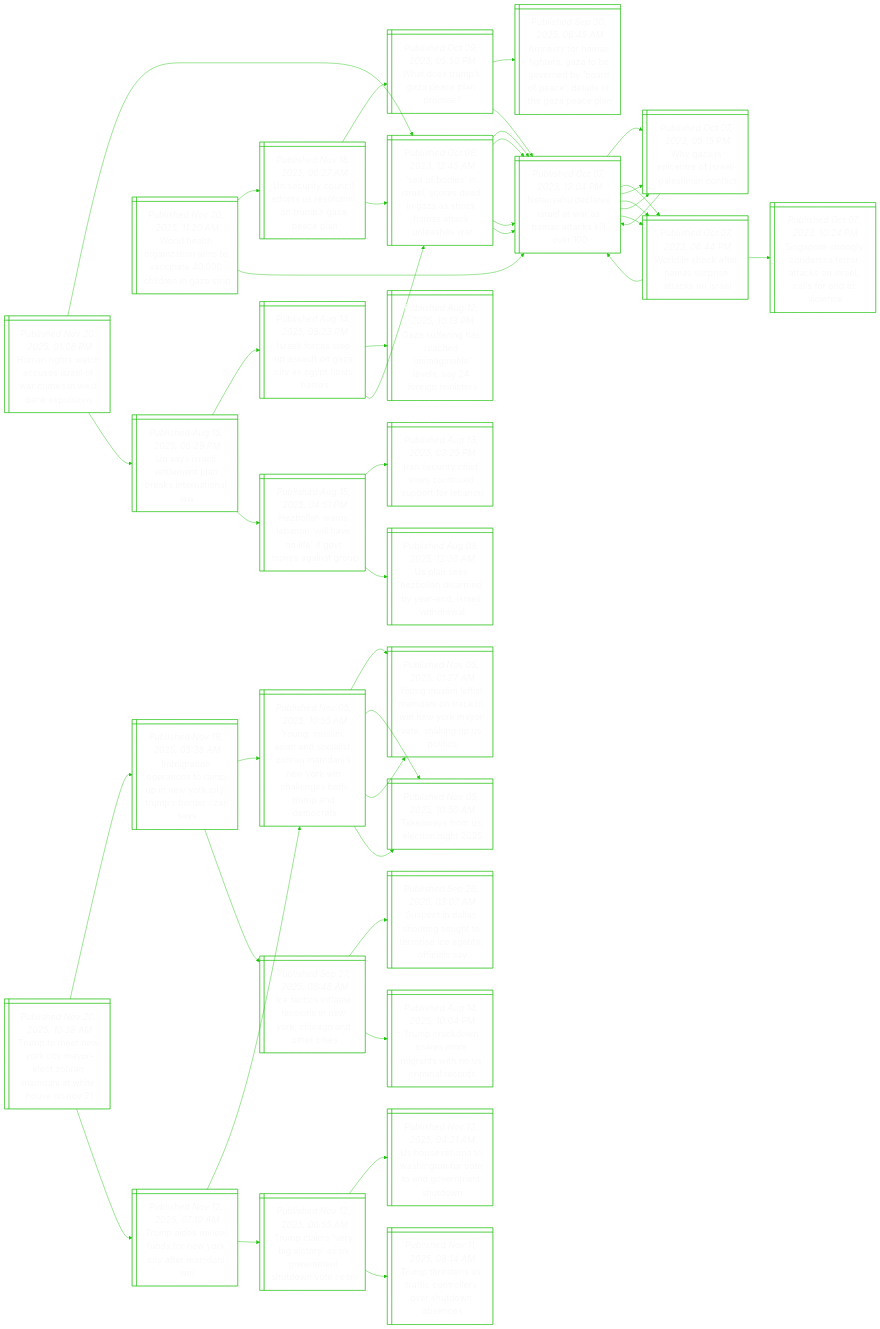
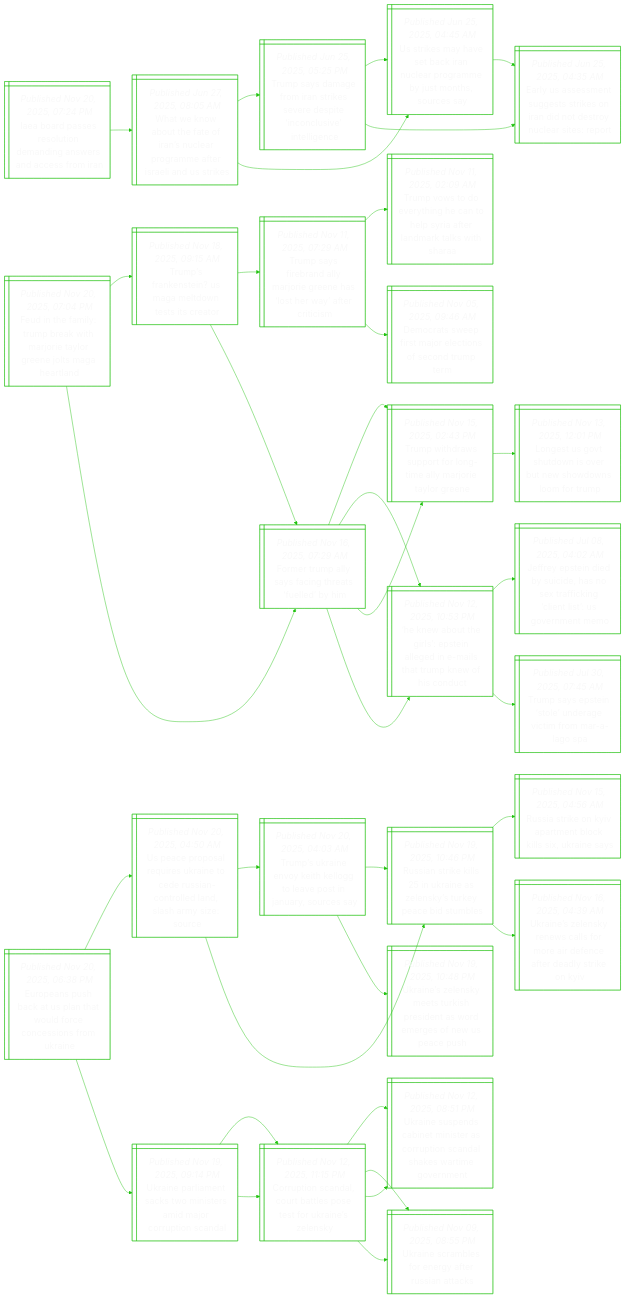
Before and after one commit to notJmes/notJmes: the diagram in README.md, drawn with Mermaid. The commit also changed other lines of this file, not shown here.

````diff
--- a/README.md
+++ b/README.md
@@ -16,139 +16,115 @@
 flowchart LR
 classDef txtsize font-size:20px;
 
-HRshsrfrites@{ shape: win-pane, label: "_Published Nov 20, 2025, 01:08 PM_
-Human rights watch accuses israel of war crimes in west bank expulsions" }
-Sbsrcdnacaale@{ shape: win-pane, label: "_Published Oct 08, 2023, 12:45 AM_
-‘sea of bodies’ in israel, scores dead in gaza as shock hamas attack unleashes war" }
-NyeeawHakl@{ shape: win-pane, label: "_Published Oct 07, 2023, 12:04 PM_
-Netanyahu declares israel at war as hamas attacks kill over 100" }
-WzptIleint@{ shape: win-pane, label: "_Published Oct 07, 2023, 05:15 PM_
-Why gaza is epicentre of israeli-palestinian conflict" }
-Wiceapaks@{ shape: win-pane, label: "_Published Oct 07, 2023, 06:44 PM_
-World in shock after hamas surprise attacks on israel" }
-NyeeawHakl@{ shape: win-pane, label: "_Published Oct 07, 2023, 12:04 PM_
-Netanyahu declares israel at war as hamas attacks kill over 100" }
-WzptIleint@{ shape: win-pane, label: "_Published Oct 07, 2023, 05:15 PM_
-Why gaza is epicentre of israeli-palestinian conflict" }
-Wiceapaks@{ shape: win-pane, label: "_Published Oct 07, 2023, 06:44 PM_
-World in shock after hamas surprise attacks on israel" }
-Useteaattl@{ shape: win-pane, label: "_Published Aug 15, 2025, 06:29 PM_
-Un says israeli settlement plan breaks international law" }
-Ilcestzyysm@{ shape: win-pane, label: "_Published Aug 14, 2025, 05:23 PM_
-Israeli forces step up assault on gaza city as egypt hosts hamas" }
-Guishinlsons@{ shape: win-pane, label: "_Published Aug 12, 2025, 10:13 PM_
-Gaza suffering has reached ‘unimaginable’ levels, say 24 foreign ministers" }
-Sbsrcdnacaale@{ shape: win-pane, label: "_Published Oct 08, 2023, 12:45 AM_
-‘sea of bodies’ in israel, scores dead in gaza as shock hamas attack unleashes war" }
-Hlaenhoitsno@{ shape: win-pane, label: "_Published Aug 15, 2025, 04:51 PM_
-Hezbollah warns lebanon ‘will have no life’ if govt moves against group" }
-IetesisrLo@{ shape: win-pane, label: "_Published Aug 13, 2025, 03:25 PM_
-Iran security chief vows continued support for lebanon" }
-UnHlieedetw@{ shape: win-pane, label: "_Published Aug 08, 2025, 12:36 AM_
-Us plan sees hezbollah disarmed by year-end, israeli withdrawal" }
+Ioaruddnscfr@{ shape: win-pane, label: "_Published Nov 20, 2025, 07:24 PM_
+Iaea board passes resolution demanding answers and access from iran" }
+WeattrurraIlUi@{ shape: win-pane, label: "_Published Jun 27, 2025, 08:05 AM_
+What we know about the fate of iran’s nuclear programme after israeli and us strikes" }
+Tsafrrseicuilc@{ shape: win-pane, label: "_Published Jun 25, 2025, 05:25 PM_
+Trump says damage from iran strikes severe despite ‘inconclusive’ intelligence" }
+Uiaeaalrmjose@{ shape: win-pane, label: "_Published Jun 25, 2025, 04:45 AM_
+Us strikes may have set back iran nuclear programme by just months, sources say" }
+EUengserdeyetp@{ shape: win-pane, label: "_Published Jun 25, 2025, 04:35 AM_
+Early us assessment suggests strikes on iran did not destroy nuclear sites: report" }
+Uiaeaalrmjose@{ shape: win-pane, label: "_Published Jun 25, 2025, 04:45 AM_
+Us strikes may have set back iran nuclear programme by just months, sources say" }
+EUengserdeyetp@{ shape: win-pane, label: "_Published Jun 25, 2025, 04:35 AM_
+Early us assessment suggests strikes on iran did not destroy nuclear sites: report" }
 
-HRshsrfrites:::txtsize --> Sbsrcdnacaale:::txtsize
-Sbsrcdnacaale:::txtsize --> NyeeawHakl:::txtsize
-NyeeawHakl:::txtsize --> WzptIleint:::txtsize
-NyeeawHakl:::txtsize --> Wiceapaks:::txtsize
-Sbsrcdnacaale:::txtsize --> NyeeawHakl:::txtsize
-NyeeawHakl:::txtsize --> WzptIleint:::txtsize
-NyeeawHakl:::txtsize --> Wiceapaks:::txtsize
-HRshsrfrites:::txtsize --> Useteaattl:::txtsize
-Useteaattl:::txtsize --> Ilcestzyysm:::txtsize
-Ilcestzyysm:::txtsize --> Guishinlsons:::txtsize
-Ilcestzyysm:::txtsize --> Sbsrcdnacaale:::txtsize
-Useteaattl:::txtsize --> Hlaenhoitsno:::txtsize
-Hlaenhoitsno:::txtsize --> IetesisrLo:::txtsize
-Hlaenhoitsno:::txtsize --> UnHlieedetw:::txtsize
+Ioaruddnscfr:::txtsize --> WeattrurraIlUi:::txtsize
+WeattrurraIlUi:::txtsize --> Tsafrrseicuilc:::txtsize
+Tsafrrseicuilc:::txtsize --> Uiaeaalrmjose:::txtsize
+Tsafrrseicuilc:::txtsize --> EUengserdeyetp:::txtsize
+WeattrurraIlUi:::txtsize --> Uiaeaalrmjose:::txtsize
+Uiaeaalrmjose:::txtsize --> EUengserdeyetp:::txtsize
 
-WHhnimaainzi@{ shape: win-pane, label: "_Published Nov 20, 2025, 11:20 AM_
-World health organization aims to vaccinate 40,000 children in gaza strip" }
-UuCipruomzcn@{ shape: win-pane, label: "_Published Nov 18, 2025, 06:27 AM_
-Un security council adopts us resolution on trump’s gaza peace plan" }
-Wouaaam@{ shape: win-pane, label: "_Published Oct 09, 2025, 05:50 PM_
-What does trump’s gaza peace plan promise?" }
-AtHfezerydatoGel@{ shape: win-pane, label: "_Published Sep 30, 2025, 06:45 AM_
-Amnesty for hamas fighters, gaza to be governed by ‘board of peace’: details of the gaza peace plan" }
-NyeeawHakl@{ shape: win-pane, label: "_Published Oct 07, 2023, 12:04 PM_
-Netanyahu declares israel at war as hamas attacks kill over 100" }
-Sbsrcdnacaale@{ shape: win-pane, label: "_Published Oct 08, 2023, 12:45 AM_
-‘sea of bodies’ in israel, scores dead in gaza as shock hamas attack unleashes war" }
-NyeeawHakl@{ shape: win-pane, label: "_Published Oct 07, 2023, 12:04 PM_
-Netanyahu declares israel at war as hamas attacks kill over 100" }
-NyeeawHakl@{ shape: win-pane, label: "_Published Oct 07, 2023, 12:04 PM_
-Netanyahu declares israel at war as hamas attacks kill over 100" }
-NyeeawHakl@{ shape: win-pane, label: "_Published Oct 07, 2023, 12:04 PM_
-Netanyahu declares israel at war as hamas attacks kill over 100" }
-WzptIleint@{ shape: win-pane, label: "_Published Oct 07, 2023, 05:15 PM_
-Why gaza is epicentre of israeli-palestinian conflict" }
-NyeeawHakl@{ shape: win-pane, label: "_Published Oct 07, 2023, 12:04 PM_
-Netanyahu declares israel at war as hamas attacks kill over 100" }
-Wiceapaks@{ shape: win-pane, label: "_Published Oct 07, 2023, 06:44 PM_
-World in shock after hamas surprise attacks on israel" }
-NyeeawHakl@{ shape: win-pane, label: "_Published Oct 07, 2023, 12:04 PM_
-Netanyahu declares israel at war as hamas attacks kill over 100" }
-SptldtrcIlsnic@{ shape: win-pane, label: "_Published Oct 07, 2023, 10:24 PM_
-Singapore strongly condemns terror attacks on israel, calls for end to violence" }
+FnaTbwaileoAan@{ shape: win-pane, label: "_Published Nov 20, 2025, 07:04 PM_
+Feud in the family: trump break with marjorie taylor greene jolts maga heartland" }
+TskeMewtco@{ shape: win-pane, label: "_Published Nov 18, 2025, 09:15 AM_
+Trump’s frankenstein? us maga meltdown tests its creator" }
+TsialjGeorfri@{ shape: win-pane, label: "_Published Nov 11, 2025, 07:29 AM_
+Trump says firebrand ally marjorie greene has ‘lost her way’ after criticism" }
+Tvoeichyfarkha@{ shape: win-pane, label: "_Published Nov 11, 2025, 02:09 AM_
+Trump vows to do everything he can to help syria after landmark talks with sharaa" }
+Drwialosdp@{ shape: win-pane, label: "_Published Nov 05, 2025, 09:46 AM_
+Democrats sweep first major elections of second trump term" }
+Frpsattly@{ shape: win-pane, label: "_Published Nov 16, 2025, 07:29 AM_
+Former trump ally says facing threats ‘fuelled’ by him" }
+TwrutomyoaGe@{ shape: win-pane, label: "_Published Nov 15, 2025, 02:43 PM_
+Trump withdraws support for long-time ally marjorie taylor greene" }
+HwtipngesTkfot@{ shape: win-pane, label: "_Published Nov 12, 2025, 10:53 PM_
+‘he knew about the girls’: epstein alleged in e-mails that trump knew of his conduct" }
+Frpsattly@{ shape: win-pane, label: "_Published Nov 16, 2025, 07:29 AM_
+Former trump ally says facing threats ‘fuelled’ by him" }
+TwrutomyoaGe@{ shape: win-pane, label: "_Published Nov 15, 2025, 02:43 PM_
+Trump withdraws support for long-time ally marjorie taylor greene" }
+Lsounenonmr@{ shape: win-pane, label: "_Published Nov 13, 2025, 12:01 PM_
+Longest us govt shutdown is over but new showdowns loom for trump" }
+HwtipngesTkfot@{ shape: win-pane, label: "_Published Nov 12, 2025, 10:53 PM_
+‘he knew about the girls’: epstein alleged in e-mails that trump knew of his conduct" }
+Jetisdntigntvem@{ shape: win-pane, label: "_Published Jul 08, 2025, 04:02 AM_
+Jeffrey epstein died by suicide, has no sex trafficking ‘client list’: us government memo" }
+Tspnerifag@{ shape: win-pane, label: "_Published Jul 30, 2025, 07:45 AM_
+Trump says epstein ‘stole’ underage victim from mar-a-lago spa" }
 
-WHhnimaainzi:::txtsize --> UuCipruomzcn:::txtsize
-UuCipruomzcn:::txtsize --> Wouaaam:::txtsize
-Wouaaam:::txtsize --> AtHfezerydatoGel:::txtsize
-Wouaaam:::txtsize --> NyeeawHakl:::txtsize
-UuCipruomzcn:::txtsize --> Sbsrcdnacaale:::txtsize
-Sbsrcdnacaale:::txtsize --> NyeeawHakl:::txtsize
-Sbsrcdnacaale:::txtsize --> NyeeawHakl:::txtsize
-WHhnimaainzi:::txtsize --> NyeeawHakl:::txtsize
-NyeeawHakl:::txtsize --> WzptIleint:::txtsize
-WzptIleint:::txtsize --> NyeeawHakl:::txtsize
-NyeeawHakl:::txtsize --> Wiceapaks:::txtsize
-Wiceapaks:::txtsize --> NyeeawHakl:::txtsize
-Wiceapaks:::txtsize --> SptldtrcIlsnic:::txtsize
+FnaTbwaileoAan:::txtsize --> TskeMewtco:::txtsize
+TskeMewtco:::txtsize --> TsialjGeorfri:::txtsize
+TsialjGeorfri:::txtsize --> Tvoeichyfarkha:::txtsize
+TsialjGeorfri:::txtsize --> Drwialosdp:::txtsize
+TskeMewtco:::txtsize --> Frpsattly:::txtsize
+Frpsattly:::txtsize --> TwrutomyoaGe:::txtsize
+Frpsattly:::txtsize --> HwtipngesTkfot:::txtsize
+FnaTbwaileoAan:::txtsize --> Frpsattly:::txtsize
+Frpsattly:::txtsize --> TwrutomyoaGe:::txtsize
+TwrutomyoaGe:::txtsize --> Lsounenonmr:::txtsize
+Frpsattly:::txtsize --> HwtipngesTkfot:::txtsize
+HwtipngesTkfot:::txtsize --> Jetisdntigntvem:::txtsize
+HwtipngesTkfot:::txtsize --> Tspnerifag:::txtsize
 
-Tttotocrmatso@{ shape: win-pane, label: "_Published Nov 20, 2025, 10:38 AM_
-Trump to meet new york city mayor-elect zohran mamdani at white house on nov 21" }
-Irnasmnotmrzy@{ shape: win-pane, label: "_Published Nov 19, 2025, 05:38 AM_
-Immigration operations to ramp up in new york city, trump’s border czar says" }
-YMmnoihaiYilehpea@{ shape: win-pane, label: "_Published Nov 05, 2025, 10:55 AM_
-Young, muslim, asian and socialist: zohran mamdani’s new york win challenges both trump and democrats" }
-YMmimociYaoauoc@{ shape: win-pane, label: "_Published Nov 05, 2025, 01:27 AM_
-Young muslim leftist mamdani on track to win new york mayor vote, shaking up us politics" }
-Twreig@{ shape: win-pane, label: "_Published Nov 05, 2025, 10:50 AM_
-Takeaways from us election night 2025" }
-IcimsiYhoti@{ shape: win-pane, label: "_Published Sep 27, 2025, 08:48 AM_
-Ice tactics inflame tensions in new york, chicago and other cities" }
-ScasiuooIefay@{ shape: win-pane, label: "_Published Sep 26, 2025, 03:07 AM_
-Suspect in dallas shooting sought to terrorise ice agents, officials say" }
-Tcdnmithcnc@{ shape: win-pane, label: "_Published Aug 14, 2025, 10:04 PM_
-Trump crackdown snares more migrants with no us criminal records" }
-TarwsekaMn@{ shape: win-pane, label: "_Published Nov 12, 2025, 07:10 AM_
-Trump aides review funds for new york city after mamdani win" }
-YMmnoihaiYilehpea@{ shape: win-pane, label: "_Published Nov 05, 2025, 10:55 AM_
-Young, muslim, asian and socialist: zohran mamdani’s new york win challenges both trump and democrats" }
-YMmimociYaoauoc@{ shape: win-pane, label: "_Published Nov 05, 2025, 01:27 AM_
-Young muslim leftist mamdani on track to win new york mayor vote, shaking up us politics" }
-Twreig@{ shape: win-pane, label: "_Published Nov 05, 2025, 10:50 AM_
-Takeaways from us election night 2025" }
-Tcsbcaomhwes@{ shape: win-pane, label: "_Published Nov 12, 2025, 06:55 AM_
-Trump claims ‘very big victory’ as us government shutdown vote nears" }
-Usuoinoeveun@{ shape: win-pane, label: "_Published Nov 12, 2025, 04:21 AM_
-Us house returns to washington for vote to end government shutdown" }
-Tttifolohwe@{ shape: win-pane, label: "_Published Nov 11, 2025, 08:14 AM_
-Trump threatens air traffic controllers over shutdown absences" }
+EeucStooosfke@{ shape: win-pane, label: "_Published Nov 20, 2025, 06:38 PM_
+Europeans push back at us plan that would force concessions from ukraine" }
+UcprrrteinlnsySe@{ shape: win-pane, label: "_Published Nov 20, 2025, 04:50 AM_
+Us peace proposal requires ukraine to cede russian-controlled land, slash army size: source" }
+Tsiviltvtnse@{ shape: win-pane, label: "_Published Nov 20, 2025, 04:03 AM_
+Trump’s ukraine envoy keith kellogg to leave post in january, sources say" }
+RailUnekreim@{ shape: win-pane, label: "_Published Nov 19, 2025, 10:46 PM_
+Russian strike kills 25 in ukraine as zelensky’s turkey peace bid stumbles" }
+UnlysienoeoUch@{ shape: win-pane, label: "_Published Nov 19, 2025, 10:48 PM_
+Ukraine’s zelensky meets turkish president as word emerges of new us peace push" }
+RailUnekreim@{ shape: win-pane, label: "_Published Nov 19, 2025, 10:46 PM_
+Russian strike kills 25 in ukraine as zelensky’s turkey peace bid stumbles" }
+RakyanclUns@{ shape: win-pane, label: "_Published Nov 15, 2025, 04:56 AM_
+Russia strike on kyiv apartment block kills six, ukraine says" }
+Unlywlmiefesei@{ shape: win-pane, label: "_Published Nov 16, 2025, 04:39 AM_
+Ukraine’s zelensky renews calls for more air defence after deadly strike on kyiv" }
+Unlnkmtmjria@{ shape: win-pane, label: "_Published Nov 19, 2025, 09:14 PM_
+Ukraine parliament sacks two ministers amid major corruption scandal" }
+CpsartosUnly@{ shape: win-pane, label: "_Published Nov 12, 2025, 11:15 PM_
+Corruption scandal, court battles pose test for ukraine’s zelensky" }
+UnpCeiaronhwmen@{ shape: win-pane, label: "_Published Nov 12, 2025, 08:51 PM_
+Ukraine suspends cabinet minister as corruption scandal shakes wartime government" }
+UnasnaRaa@{ shape: win-pane, label: "_Published Nov 09, 2025, 08:55 PM_
+Ukraine scrambles for energy after russian attacks" }
+CpsartosUnly@{ shape: win-pane, label: "_Published Nov 12, 2025, 11:15 PM_
+Corruption scandal, court battles pose test for ukraine’s zelensky" }
+UnpCeiaronhwmen@{ shape: win-pane, label: "_Published Nov 12, 2025, 08:51 PM_
+Ukraine suspends cabinet minister as corruption scandal shakes wartime government" }
+UnasnaRaa@{ shape: win-pane, label: "_Published Nov 09, 2025, 08:55 PM_
+Ukraine scrambles for energy after russian attacks" }
 
-Tttotocrmatso:::txtsize --> Irnasmnotmrzy:::txtsize
-Irnasmnotmrzy:::txtsize --> YMmnoihaiYilehpea:::txtsize
-YMmnoihaiYilehpea:::txtsize --> YMmimociYaoauoc:::txtsize
-YMmnoihaiYilehpea:::txtsize --> Twreig:::txtsize
-Irnasmnotmrzy:::txtsize --> IcimsiYhoti:::txtsize
-IcimsiYhoti:::txtsize --> ScasiuooIefay:::txtsize
-IcimsiYhoti:::txtsize --> Tcdnmithcnc:::txtsize
-Tttotocrmatso:::txtsize --> TarwsekaMn:::txtsize
-TarwsekaMn:::txtsize --> YMmnoihaiYilehpea:::txtsize
-YMmnoihaiYilehpea:::txtsize --> YMmimociYaoauoc:::txtsize
-YMmnoihaiYilehpea:::txtsize --> Twreig:::txtsize
-TarwsekaMn:::txtsize --> Tcsbcaomhwes:::txtsize
-Tcsbcaomhwes:::txtsize --> Usuoinoeveun:::txtsize
-Tcsbcaomhwes:::txtsize --> Tttifolohwe:::txtsize
+EeucStooosfke:::txtsize --> UcprrrteinlnsySe:::txtsize
+UcprrrteinlnsySe:::txtsize --> Tsiviltvtnse:::txtsize
+Tsiviltvtnse:::txtsize --> RailUnekreim:::txtsize
+Tsiviltvtnse:::txtsize --> UnlysienoeoUch:::txtsize
+UcprrrteinlnsySe:::txtsize --> RailUnekreim:::txtsize
+RailUnekreim:::txtsize --> RakyanclUns:::txtsize
+RailUnekreim:::txtsize --> Unlywlmiefesei:::txtsize
+EeucStooosfke:::txtsize --> Unlnkmtmjria:::txtsize
+Unlnkmtmjria:::txtsize --> CpsartosUnly:::txtsize
+CpsartosUnly:::txtsize --> UnpCeiaronhwmen:::txtsize
+CpsartosUnly:::txtsize --> UnasnaRaa:::txtsize
+Unlnkmtmjria:::txtsize --> CpsartosUnly:::txtsize
+CpsartosUnly:::txtsize --> UnpCeiaronhwmen:::txtsize
+CpsartosUnly:::txtsize --> UnasnaRaa:::txtsize
 
 ```
````
